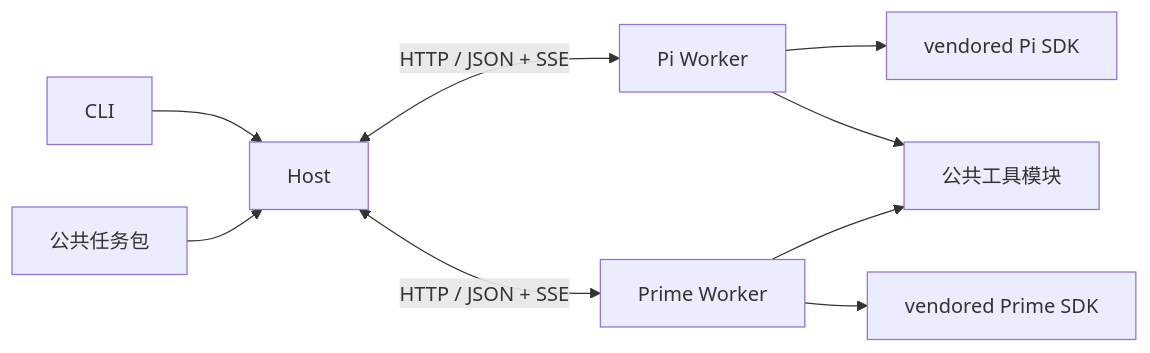
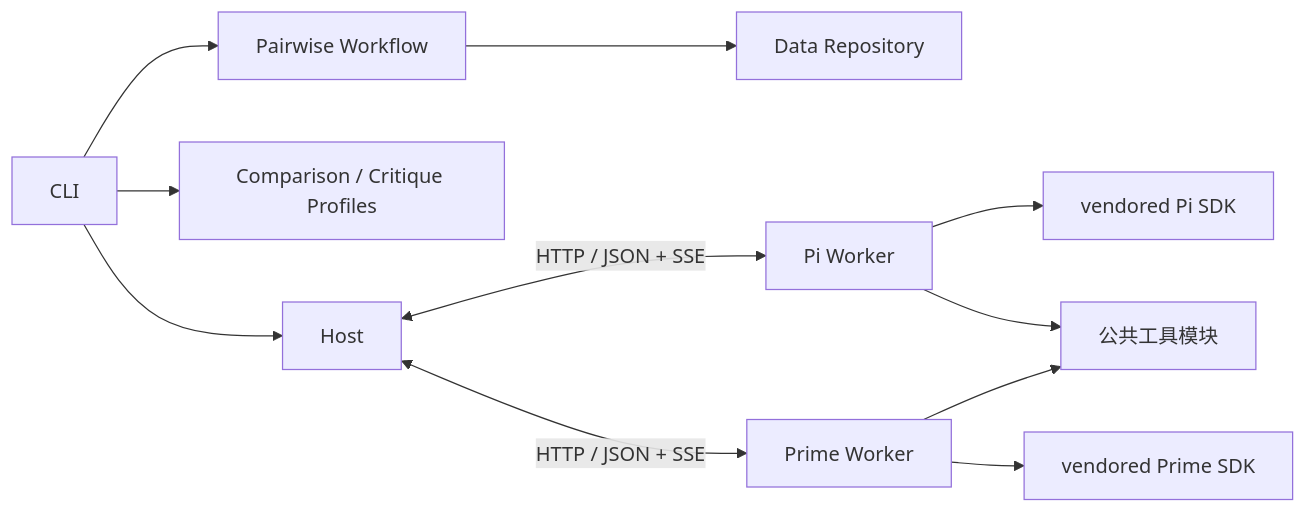
The diagram in docs/architecture.md (cmy-hhxx/agent_eval_harness), drawn with Mermaid before and after one commit. The commit also changed other lines of this file and 272 other files, not shown here.

Commit message:
refactor: reorganize host, agent, and workflow modules

````diff
--- a/docs/architecture.md
+++ b/docs/architecture.md
@@ -7,11 +7,13 @@
 ```mermaid
 flowchart LR
   CLI --> Host
-  Pack[公共任务包] --> Host
+  CLI --> Agents[Comparison / Critique Profiles]
+  CLI --> Workflow[Pairwise Workflow]
+  Workflow --> Data[Data Repository]
   Host <-->|HTTP / JSON + SSE| Pi[Pi Worker]
   Host <-->|HTTP / JSON + SSE| Prime[Prime Worker]
   Pi --> PiSDK[vendored Pi SDK]
   Prime --> PrimeSDK[vendored Prime SDK]
   Pi --> Tools[公共工具模块]
   Prime --> Tools
 ```
````
